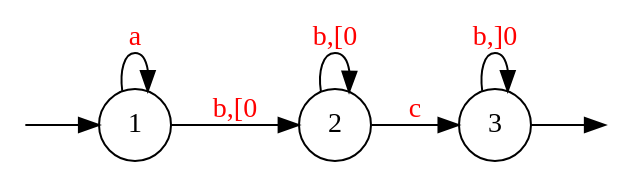
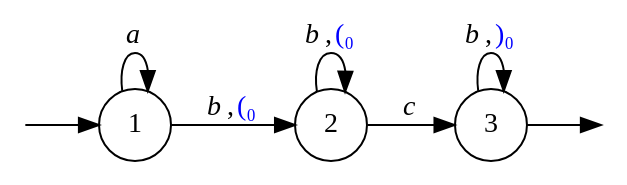
The diagram in text/graphs/graph1.dot (0Marble/lgraphs), drawn with Graphviz before and after one commit. The commit also changed 36 other files, not shown here.

```diff
--- a/text/graphs/graph1.dot
+++ b/text/graphs/graph1.dot
@@ -1,16 +1,15 @@
 digraph {
 	node [shape=circle];
 	Q0 [style=invisible, height=0, width=0, fixedsize=true];
 	Q1 [style=invisible, height=0, width=0, fixedsize=true];
 	graph [rankdir="LR"];
 
 	1 [start=true];
 	Q0 -> 1;
 	3 -> Q1;
-
-	1 -> 1  [label="a", fontcolor=red];
-	2 -> 3  [label="c", fontcolor=red];
-	1 -> 2  [label="b,[0", fontcolor=red];
-	2 -> 2  [label="b,[0", fontcolor=red];
-	3 -> 3  [label="b,]0", fontcolor=red];
+	1 -> 1  [label=<<i>a</i>> ];
+	2 -> 3  [label=<<i>c</i>> ];
+	1 -> 2  [label=<<i>b</i>,<FONT COLOR="blue">(₀</FONT>> ];
+	2 -> 2  [label=<<i>b</i>,<FONT COLOR="blue">(₀</FONT>> ];
+	3 -> 3  [label=<<i>b</i>,<FONT COLOR="blue">)₀</FONT>> ];
 }
```
